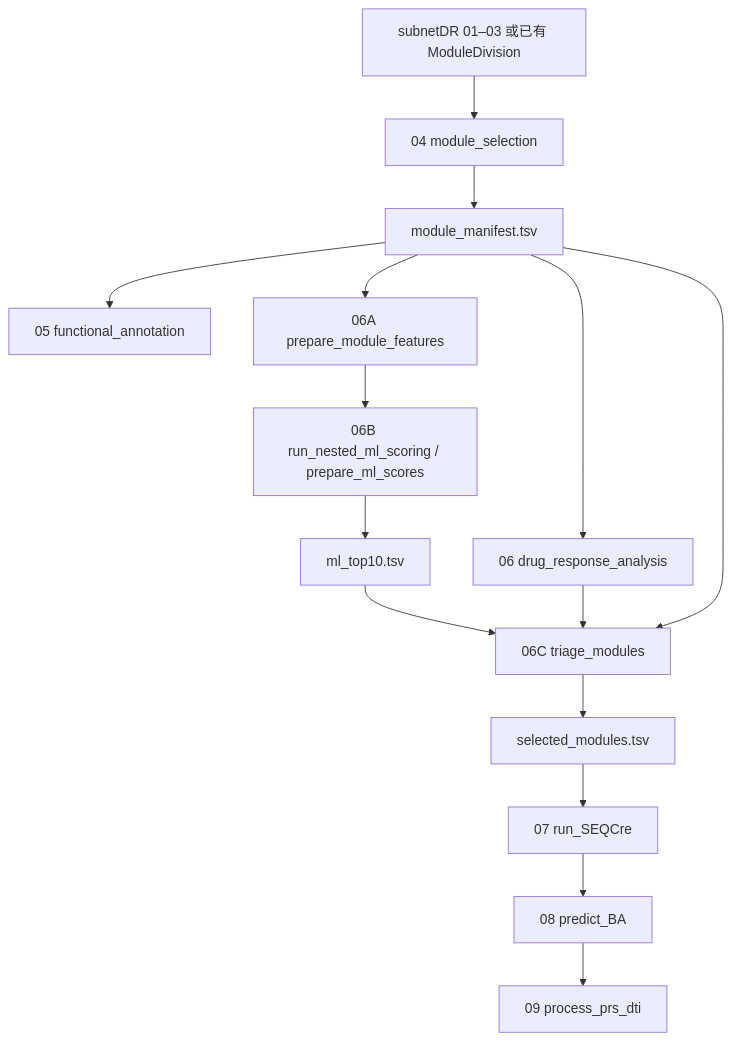
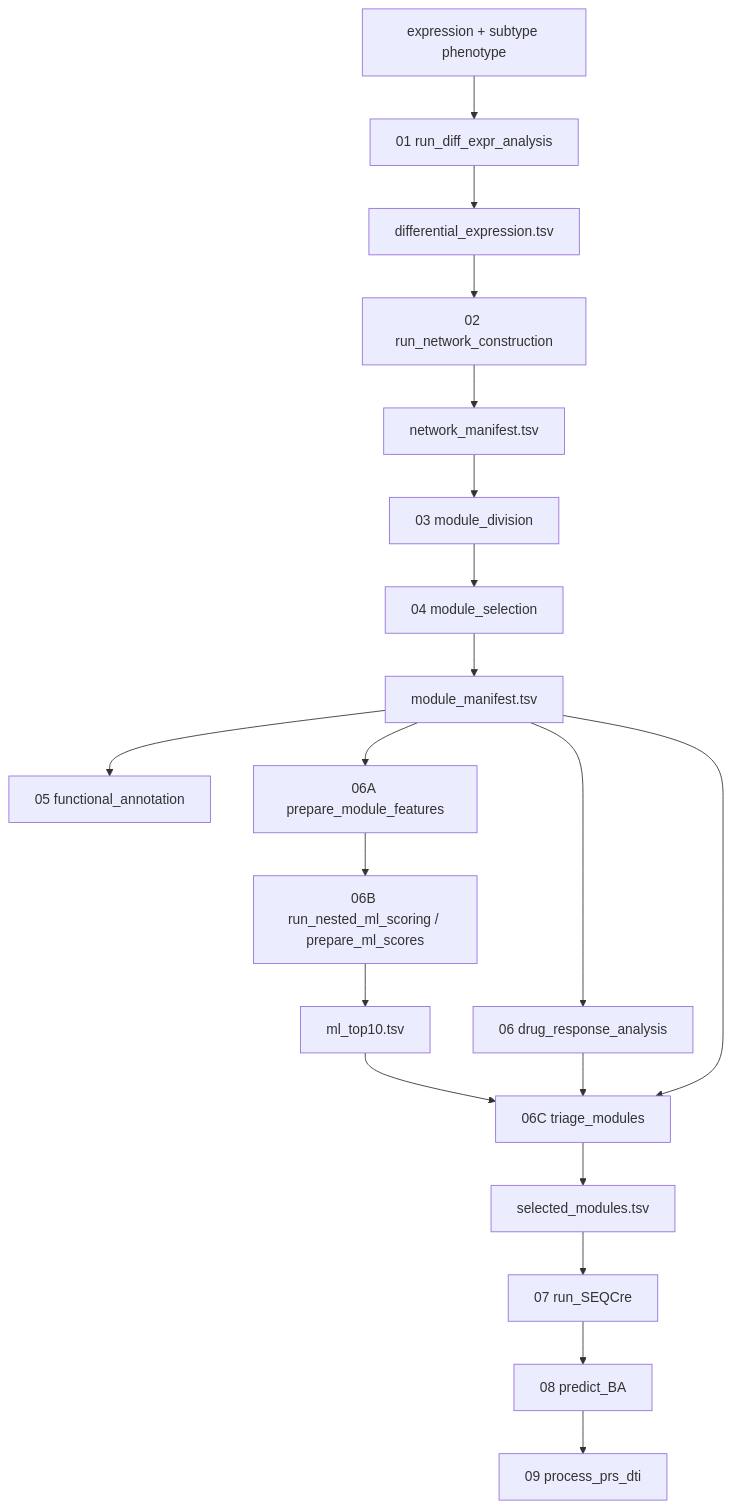
Before and after one commit to LilyYNY/ML-SnpDR: the diagram in docs/architecture.md, drawn with Mermaid. The commit also changed other lines of this file and 25 other files, not shown here.

````diff
--- a/docs/architecture.md
+++ b/docs/architecture.md
@@ -16,17 +16,22 @@
 ```mermaid
 flowchart TD
-    A["subnetDR 01–03 或已有 ModuleDivision"] --> B["04 module_selection"]
+    X["expression + subtype phenotype"] --> A["01 run_diff_expr_analysis"]
+    A --> DE["differential_expression.tsv"]
+    DE --> NC["02 run_network_construction"]
+    NC --> NM["network_manifest.tsv"]
+    NM --> MD["03 module_division"]
+    MD --> B["04 module_selection"]
     B --> M["module_manifest.tsv"]
     M --> C["05 functional_annotation"]
     M --> D["06 drug_response_analysis"]
     M --> E["06A prepare_module_features"]
     E --> F["06B run_nested_ml_scoring / prepare_ml_scores"]
     F --> T["ml_top10.tsv"]
     T --> G["06C triage_modules"]
     D --> G
     M --> G
     G --> S["selected_modules.tsv"]
     S --> H["07 run_SEQCre"]
     H --> I["08 predict_BA"]
     I --> J["09 process_prs_dti"]
 ```
````
